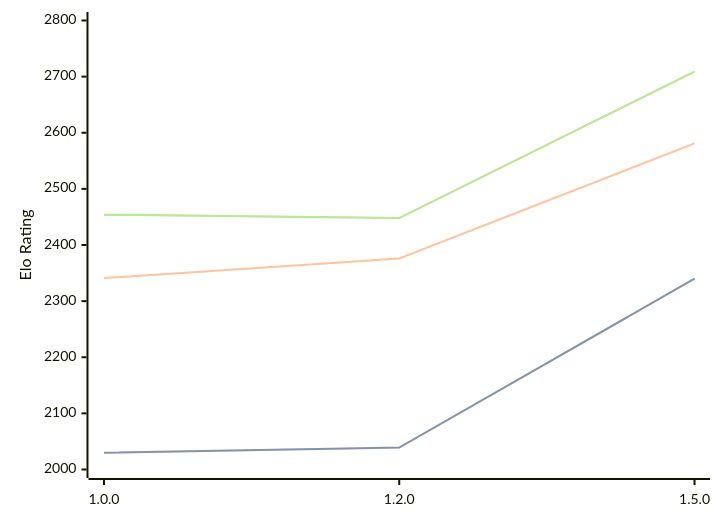
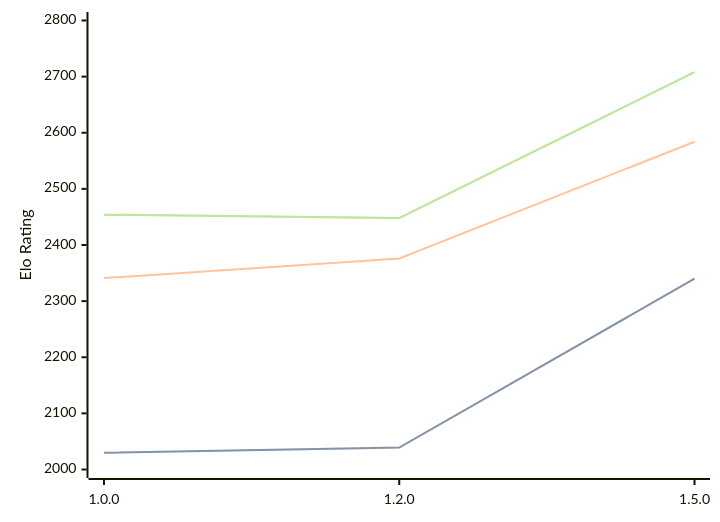
Before and after one commit to computer-chess-index/cci: the third of 3 diagrams in engines/Basilisk.md, drawn with Mermaid. The commit also changed other lines of this file, not shown here.

Commit message:
Update CCI Ratings (ELO VLTC) - 2026-06-21

````diff
--- a/engines/Basilisk.md
+++ b/engines/Basilisk.md
@@ -81,11 +82,11 @@
 ```mermaid
 %%{init: {"theme":"base","themeVariables":{"seriesColors:['#a3a3a3','#222221','#faa371']}}}%%
 xychart-beta
   x-axis ["1.0.0", "1.2.0", "1.5.0"]
   y-axis "Elo Rating" 2000 --> 2800
   line "STC (8.0+0.08s)" [2030, 2039, 2340]
   line "STC (8.0+0.08s)" [2030, 2039, 2340]
-  line "LTC (60.0+0.60s)" [2341, 2376, 2581]
-  line "VLTC (2m24s+1.12s)" [2454, 2448, 2709]
-  line "VLTC (2m24s+1.12s)" [2454, 2448, 2709]
+  line "LTC (60.0+0.60s)" [2341, 2376, 2584]
+  line "VLTC (2m24s+1.12s)" [2454, 2448, 2708]
+  line "VLTC (2m24s+1.12s)" [2454, 2448, 2708]
 ```
````
